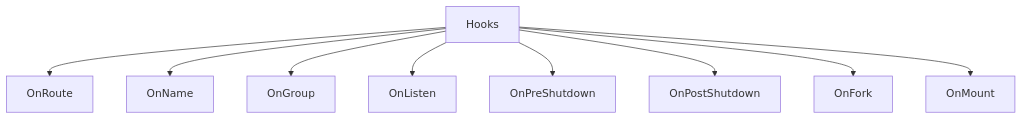
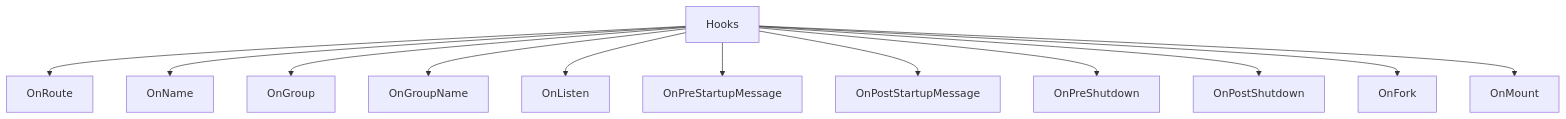
One commit to gofiber/docs changed diagram 13 of 14 in docs/core/extra/internal.md. Above: the diagram before and after it, drawn with Mermaid. The commit also changed other lines of this file and 63 other files, not shown here.

````diff
--- a/docs/core/extra/internal.md
+++ b/docs/core/extra/internal.md
@@ -412,21 +415,27 @@
 ```mermaid
 flowchart TD
     H[Hooks]
     OR[OnRoute]
     ON[OnName]
     OG[OnGroup]
+    OGN[OnGroupName]
     OL[OnListen]
+    PreStartup[OnPreStartupMessage]
+    PostStartup[OnPostStartupMessage]
     OPRS[OnPreShutdown]
     OPOS[OnPostShutdown]
     OF[OnFork]
     OM[OnMount]
 
     H --> OR
     H --> ON
     H --> OG
+    H --> OGN
     H --> OL
+    H --> PreStartup
+    H --> PostStartup
     H --> OPRS
     H --> OPOS
     H --> OF
     H --> OM
 ```
````
